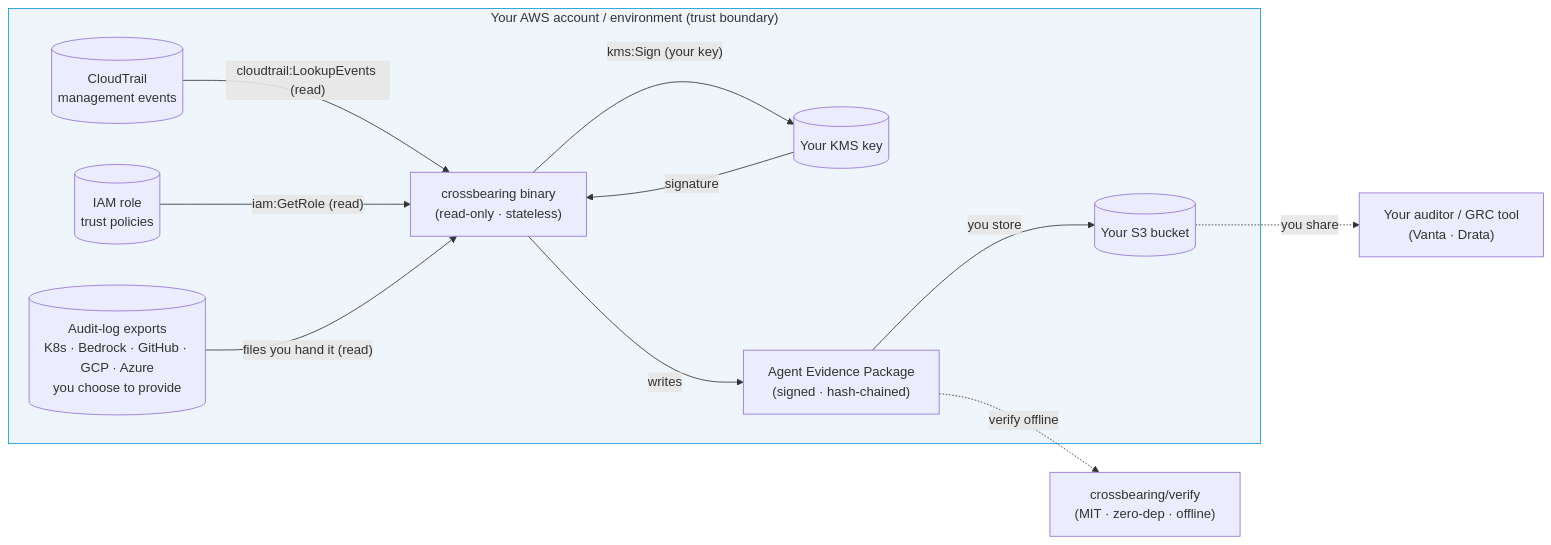
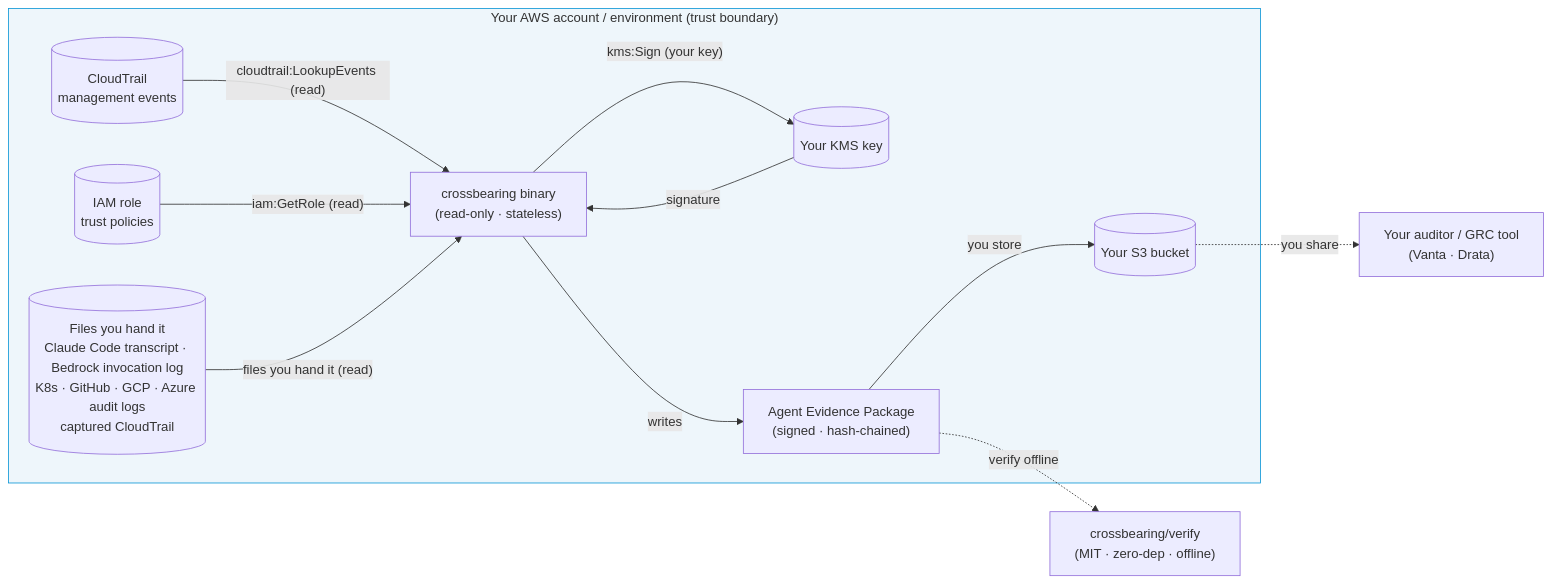
Before and after one commit to crossbearing/crossbearing: the diagram in docs/security/data-flow.md, drawn with Mermaid. The commit also changed 6 other files, not shown here.

````diff
--- a/docs/security/data-flow.md
+++ b/docs/security/data-flow.md
@@ -7,30 +7,30 @@
 ```mermaid
 flowchart LR
   subgraph YOUR["Your AWS account / environment  (trust boundary)"]
     CT[(CloudTrail<br/>management events)]
     IAM[(IAM role<br/>trust policies)]
-    LOGS[(Audit-log exports<br/>K8s · Bedrock · GitHub · GCP · Azure<br/>you choose to provide)]
+    LOGS[(Files you hand it<br/>Claude Code transcript · Bedrock invocation log<br/>K8s · GitHub · GCP · Azure audit logs<br/>captured CloudTrail)]
     KMS[(Your KMS key)]
     S3[(Your S3 bucket)]
 
     BIN["crossbearing binary<br/>(read-only · stateless)"]
     PKG["Agent Evidence Package<br/>(signed · hash-chained)"]
 
     CT -- "cloudtrail:LookupEvents (read)" --> BIN
     IAM -- "iam:GetRole (read)" --> BIN
     LOGS -- "files you hand it (read)" --> BIN
     BIN -- "kms:Sign (your key)" --> KMS
     KMS -- signature --> BIN
     BIN -- writes --> PKG
     PKG -- you store --> S3
   end
 
   AUD["Your auditor / GRC tool<br/>(Vanta · Drata)"]
   VERIFY["crossbearing/verify<br/>(MIT · zero-dep · offline)"]
 
   S3 -. "you share" .-> AUD
   PKG -. verify offline .-> VERIFY
 
   classDef boundary fill:#eef6fb,stroke:#0b96d6,stroke-width:1px;
   class YOUR boundary;
 ```
````
